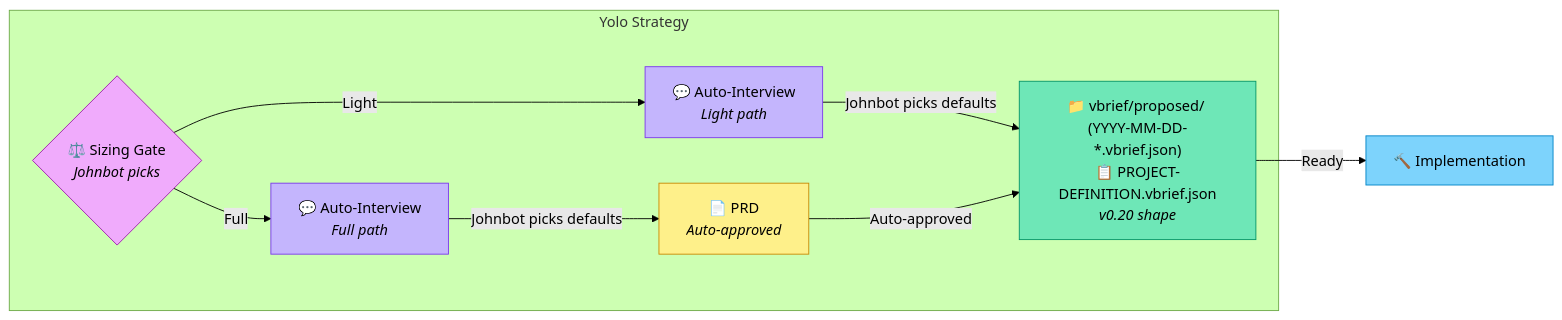
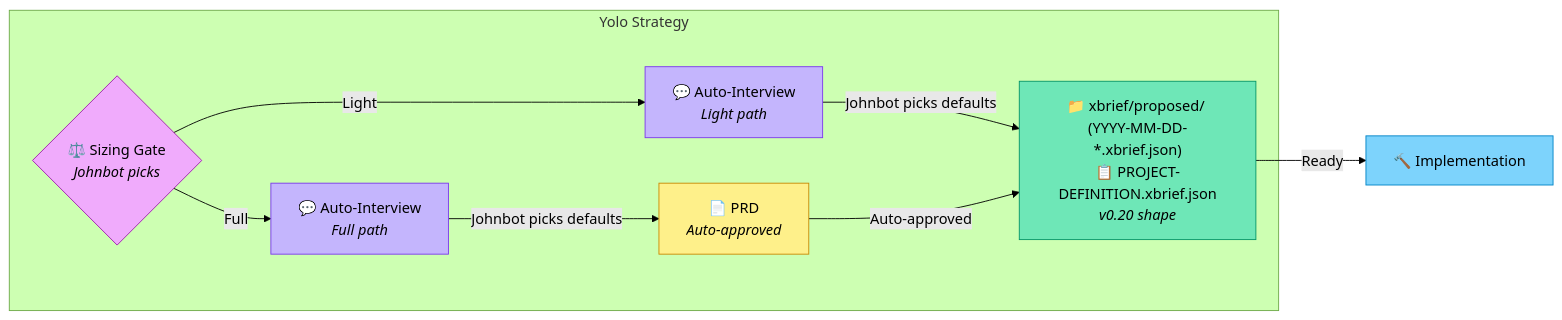
The diagram in content/strategies/yolo.md (dbcall2/directive), drawn with Mermaid (forest theme) before and after one commit. The commit also changed other lines of this file and 16 other files, not shown here.

First line of the commit message:
fix(strategies): MUST-write and register xbrief/ not vbrief/ (#3557)

````diff
--- a/content/strategies/yolo.md
+++ b/content/strategies/yolo.md
@@ -48,24 +48,24 @@
 ```mermaid
 flowchart LR
     subgraph yolo ["Yolo Strategy"]
         G{"⚖️ Sizing Gate<br/><i>Johnbot picks</i>"}
         I_L["💬 Auto-Interview<br/><i>Light path</i>"]
         I_F["💬 Auto-Interview<br/><i>Full path</i>"]
         P["📄 PRD<br/><i>Auto-approved</i>"]
-        S["📁 vbrief/proposed/ (YYYY-MM-DD-*.vbrief.json)<br/>📋 PROJECT-DEFINITION.vbrief.json<br/><i>v0.20 shape</i>"]
+        S["📁 xbrief/proposed/ (YYYY-MM-DD-*.xbrief.json)<br/>📋 PROJECT-DEFINITION.xbrief.json<br/><i>v0.20 shape</i>"]
     end
 
     G -->|"Light"| I_L
     G -->|"Full"| I_F
     I_L -->|"Johnbot picks defaults"| S
     I_F -->|"Johnbot picks defaults"| P
     P -->|"Auto-approved"| S
     S -->|"Ready"| IMPL["🔨 Implementation"]
 
     style G fill:#f0abfc,stroke:#a21caf,color:#000
     style I_L fill:#c4b5fd,stroke:#7c3aed,color:#000
     style I_F fill:#c4b5fd,stroke:#7c3aed,color:#000
     style P fill:#fef08a,stroke:#ca8a04,color:#000
     style S fill:#6ee7b7,stroke:#059669,color:#000
     style IMPL fill:#7dd3fc,stroke:#0284c7,color:#000
 ```
````
